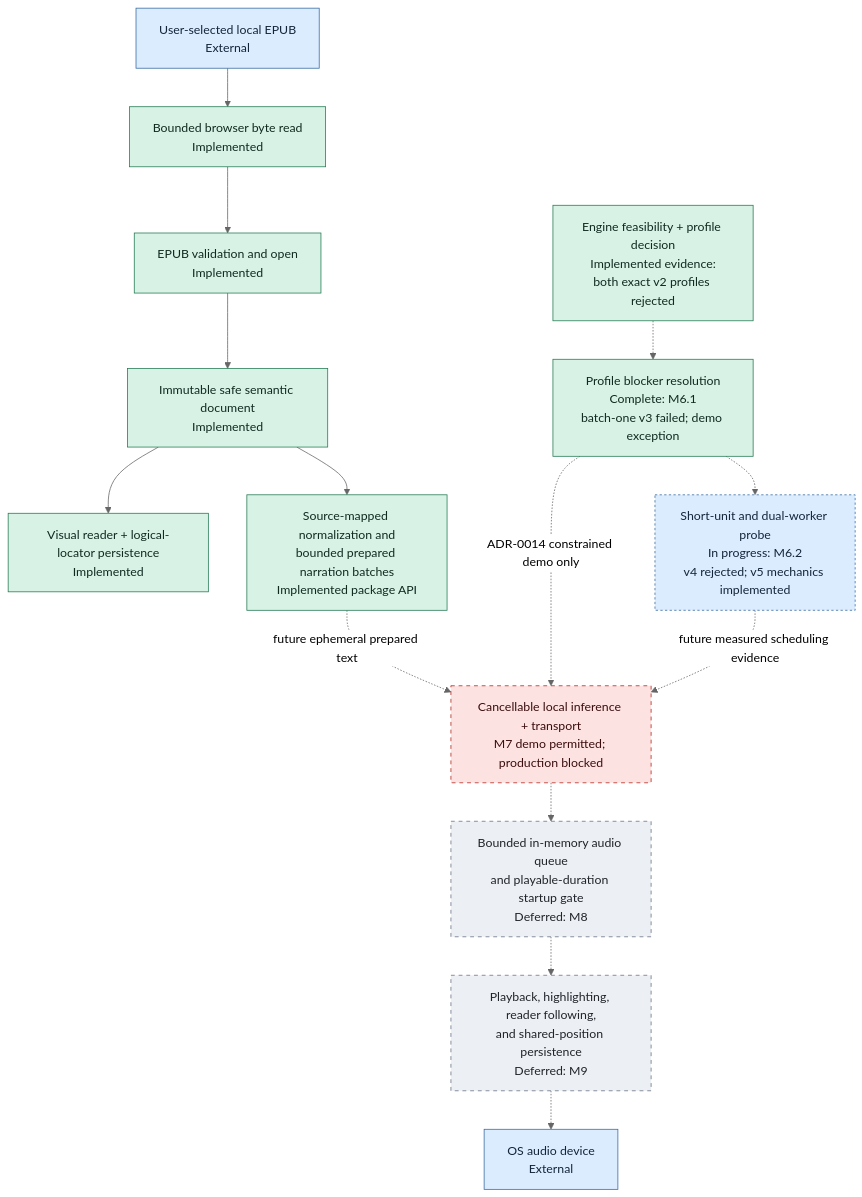
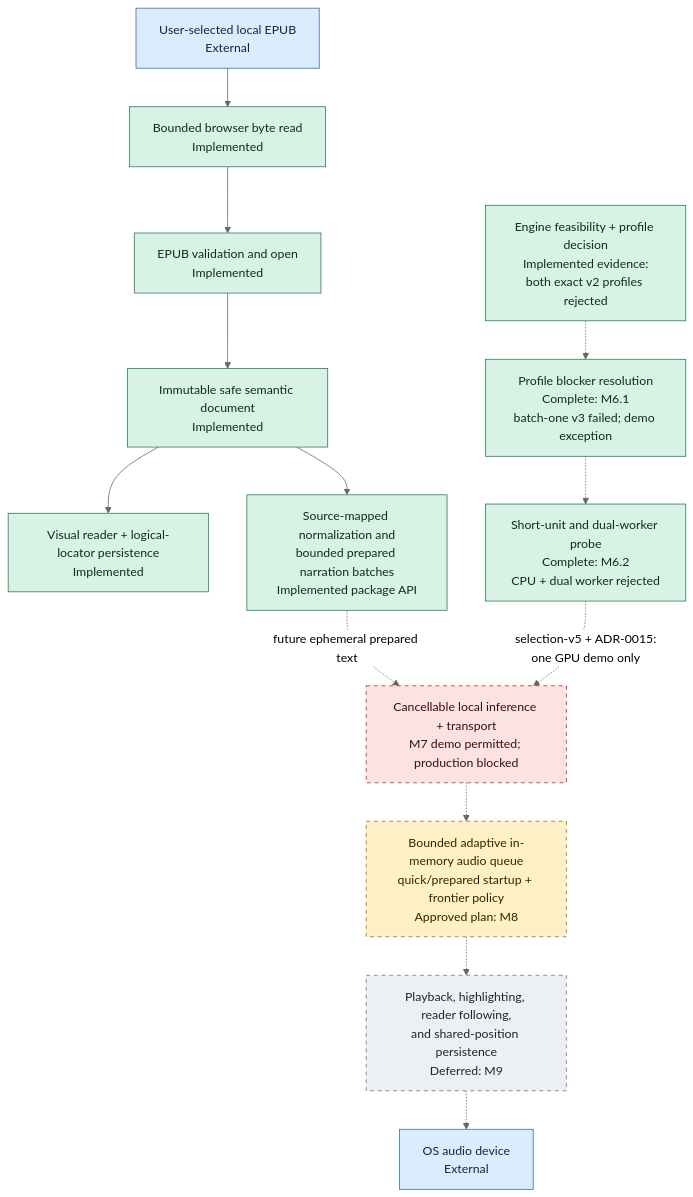
One commit to mmjosedaniel/voxleaf changed the second of 2 diagrams in docs/architecture/system-diagram.md. Above: the diagram before and after it, drawn with Mermaid (neutral theme). The commit also changed other lines of this file and 41 other files, not shown here.

First line of the commit message:
docs(tts): record v5 decision and adaptive one-GPU demo plan (#112)

````diff
--- a/docs/architecture/system-diagram.md
+++ b/docs/architecture/system-diagram.md
@@ -107,34 +107,33 @@
 ```mermaid
 flowchart TD
     classDef implemented fill:#d9f2e6,stroke:#247a52,color:#102a20
     classDef progress fill:#dcecff,stroke:#356aa0,color:#13253a,stroke-dasharray: 3 3
     classDef planned fill:#fff0c7,stroke:#9a6b00,color:#332400,stroke-dasharray: 5 5
     classDef blocked fill:#fde2e2,stroke:#b42318,color:#3a0d0d,stroke-dasharray: 5 5
     classDef deferred fill:#eceff3,stroke:#667085,color:#20242a,stroke-dasharray: 5 5
     classDef external fill:#dcecff,stroke:#356aa0,color:#13253a
 
     FILE["User-selected local EPUB<br/>External"]:::external
     READ["Bounded browser byte read<br/>Implemented"]:::implemented
     OPEN["EPUB validation and open<br/>Implemented"]:::implemented
     SAFE["Immutable safe semantic document<br/>Implemented"]:::implemented
     VISUAL["Visual reader + logical-locator persistence<br/>Implemented"]:::implemented
     PREP["Source-mapped normalization and<br/>bounded prepared narration batches<br/>Implemented package API"]:::implemented
     PROFILE["Engine feasibility + profile decision<br/>Implemented evidence:<br/>both exact v2 profiles rejected"]:::implemented
     NEXT_PROFILE["Profile blocker resolution<br/>Complete: M6.1<br/>batch-one v3 failed; demo exception"]:::implemented
-    BATCH_PROBE["Short-unit and dual-worker probe<br/>In progress: M6.2<br/>v4 rejected; v5 mechanics implemented"]:::progress
+    BATCH_PROBE["Short-unit and dual-worker probe<br/>Complete: M6.2<br/>CPU + dual worker rejected"]:::implemented
     INFER["Cancellable local inference + transport<br/>M7 demo permitted; production blocked"]:::blocked
-    BUFFER["Bounded in-memory audio queue<br/>and playable-duration startup gate<br/>Deferred: M8"]:::deferred
+    BUFFER["Bounded adaptive in-memory audio queue<br/>quick/prepared startup + frontier policy<br/>Approved plan: M8"]:::planned
     FOLLOW["Playback, highlighting, reader following,<br/>and shared-position persistence<br/>Deferred: M9"]:::deferred
     DEVICE["OS audio device<br/>External"]:::external
 
     FILE --> READ --> OPEN --> SAFE --> VISUAL
     SAFE --> PREP
     PREP -.->|"future ephemeral prepared text"| INFER
     PROFILE -.-> NEXT_PROFILE
     NEXT_PROFILE -.-> BATCH_PROBE
-    NEXT_PROFILE -.->|"ADR-0014 constrained demo only"| INFER
-    BATCH_PROBE -.->|"future measured scheduling evidence"| INFER
+    BATCH_PROBE -.->|"selection-v5 + ADR-0015:<br/>one GPU demo only"| INFER
     INFER -.-> BUFFER
     BUFFER -.-> FOLLOW
     FOLLOW -.-> DEVICE
 ```
````
